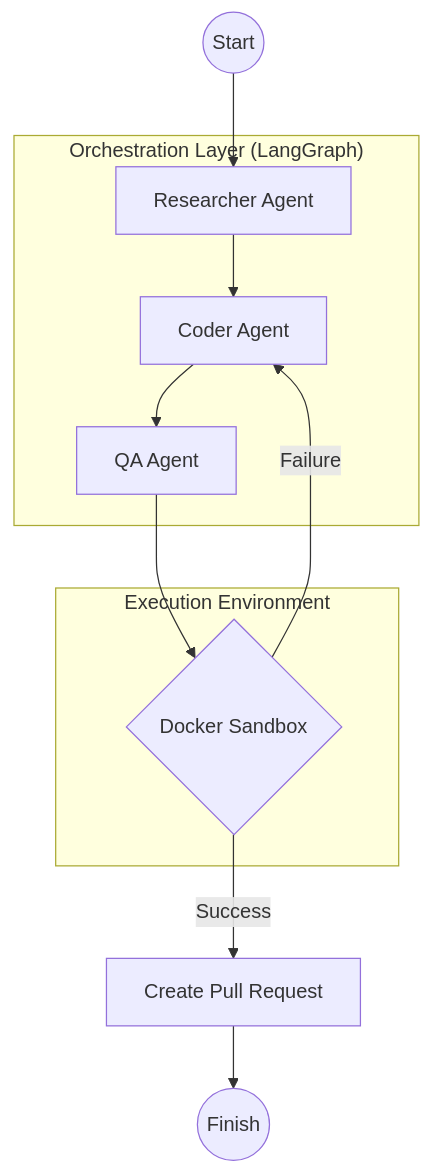
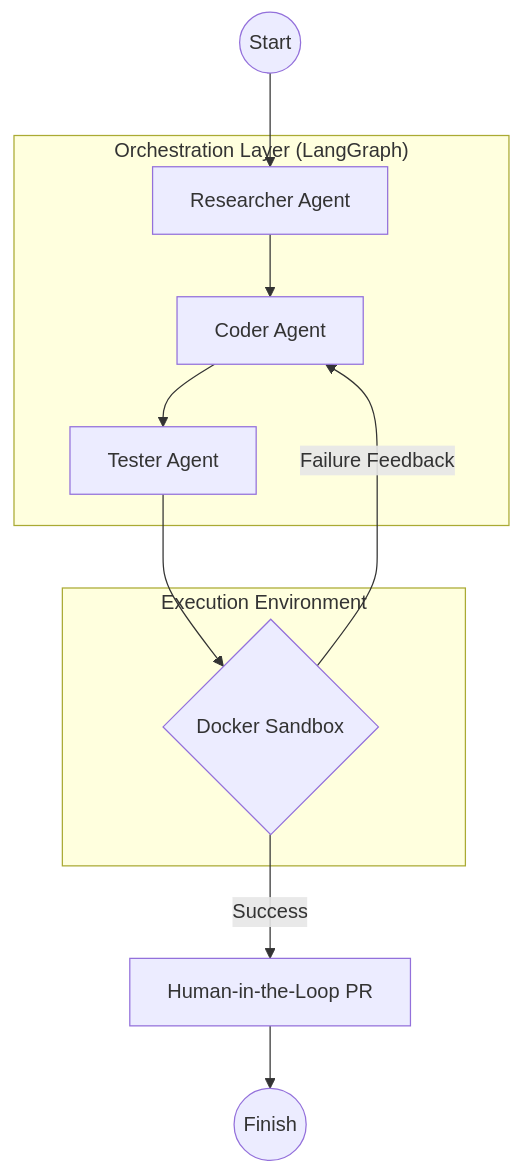
Before and after one commit to NinadAmane/Ghost-Coder: the diagram in README.md, drawn with Mermaid. The commit also changed other lines of this file, not shown here.

````diff
--- a/README.md
+++ b/README.md
@@ -31,20 +80,20 @@
 ```mermaid
 graph TD
     Start((Start)) --> Researcher[Researcher Agent]
     Researcher --> Coder[Coder Agent]
-    Coder --> QA[QA Agent]
-    QA --> Sandbox{Docker Sandbox}
-    Sandbox -- Failure --> Coder
-    Sandbox -- Success --> PR[Create Pull Request]
+    Coder --> Tester[Tester Agent]
+    Tester --> Sandbox{Docker Sandbox}
+    Sandbox -- Failure Feedback --> Coder
+    Sandbox -- Success --> PR[Human-in-the-Loop PR]
     PR --> End((Finish))
 
     subgraph "Orchestration Layer (LangGraph)"
     Researcher
     Coder
-    QA
+    Tester
     end
 
     subgraph "Execution Environment"
     Sandbox
     end
 ```
````
